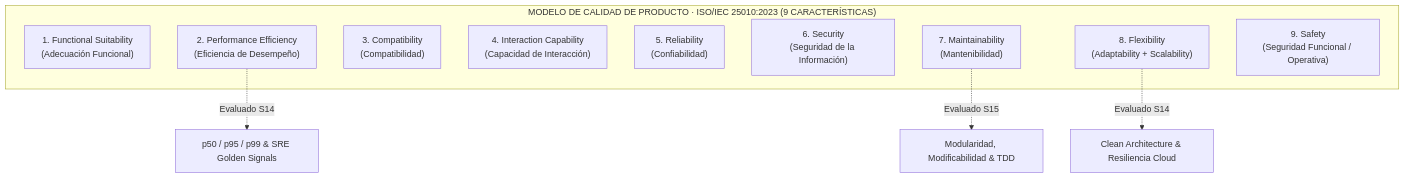
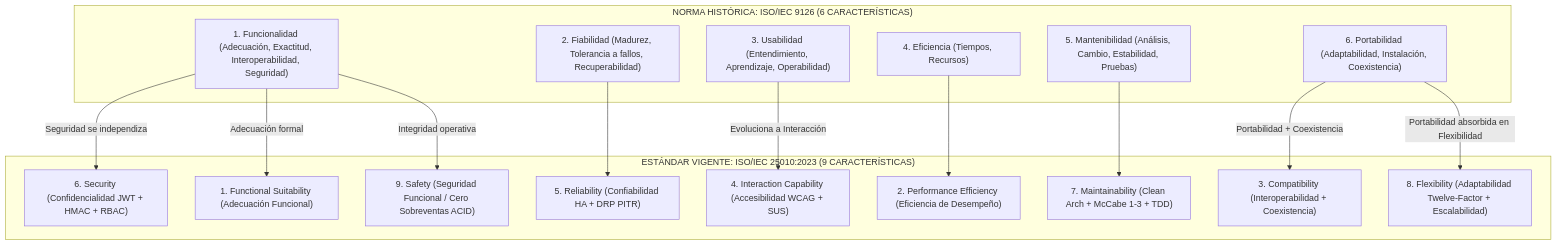
One commit to Leofit-Solutions-Grupo01/leofit-pedidos-sistema changed the diagram in docs/02_CALIDAD_Y_AUDITORIA/04_calidad_iso25010_semanas_14_15/INFORME_CONTINUACION_S14_S15_PROYECTO_FINAL_LEOFIT.md. Above: the diagram before and after it, drawn with Mermaid. The commit also changed other lines of this file and 9 other files, not shown here.

Commit message:
feat(iso9126): integra modelo de calidad interna/externa iso9126, metricas de clase y formulas de adecuacion y madurez

````diff
--- a/docs/02_CALIDAD_Y_AUDITORIA/04_calidad_iso25010_semanas_14_15/INFORME_CONTINUACION_S14_S15_PROYECTO_FINAL_LEOFIT.md
+++ b/docs/02_CALIDAD_Y_AUDITORIA/04_calidad_iso25010_semanas_14_15/INFORME_CONTINUACION_S14_S15_PROYECTO_FINAL_LEOFIT.md
@@ -173,17 +263,33 @@
 ```mermaid
 flowchart TD
-    subgraph ISO["MODELO DE CALIDAD DE PRODUCTO · ISO/IEC 25010:2023 (9 CARACTERÍSTICAS)"]
-        C1["1. Functional Suitability<br/>(Adecuación Funcional)"]
-        C2["2. Performance Efficiency<br/>(Eficiencia de Desempeño)"]
-        C3["3. Compatibility<br/>(Compatibilidad)"]
-        C4["4. Interaction Capability<br/>(Capacidad de Interacción)"]
-        C5["5. Reliability<br/>(Confiabilidad)"]
-        C6["6. Security<br/>(Seguridad de la Información)"]
-        C7["7. Maintainability<br/>(Mantenibilidad)"]
-        C8["8. Flexibility<br/>(Adaptability + Scalability)"]
-        C9["9. Safety<br/>(Seguridad Funcional / Operativa)"]
+    subgraph ISO9126["NORMA HISTÓRICA: ISO/IEC 9126 (6 CARACTERÍSTICAS)"]
+        F["1. Funcionalidad (Adecuación, Exactitud, Interoperabilidad, Seguridad)"]
+        R["2. Fiabilidad (Madurez, Tolerancia a fallos, Recuperabilidad)"]
+        U["3. Usabilidad (Entendimiento, Aprendizaje, Operabilidad)"]
+        E["4. Eficiencia (Tiempos, Recursos)"]
+        M["5. Mantenibilidad (Análisis, Cambio, Estabilidad, Pruebas)"]
+        P["6. Portabilidad (Adaptabilidad, Instalación, Coexistencia)"]
     end
-    C2 -.->|"Evaluado S14"| S14_Perf["p50 / p95 / p99 & SRE Golden Signals"]
-    C8 -.->|"Evaluado S14"| S14_Flex["Clean Architecture & Resiliencia Cloud"]
-    C7 -.->|"Evaluado S15"| S15_Maint["Modularidad, Modificabilidad & TDD"]
+
+    subgraph ISO2023["ESTÁNDAR VIGENTE: ISO/IEC 25010:2023 (9 CARACTERÍSTICAS)"]
+        C1["1. Functional Suitability (Adecuación Funcional)"]
+        C2["2. Performance Efficiency (Eficiencia de Desempeño)"]
+        C3["3. Compatibility (Interoperabilidad + Coexistencia)"]
+        C4["4. Interaction Capability (Accesibilidad WCAG + SUS)"]
+        C5["5. Reliability (Confiabilidad HA + DRP PITR)"]
+        C6["6. Security (Confidencialidad JWT + HMAC + RBAC)"]
+        C7["7. Maintainability (Clean Arch + McCabe 1-3 + TDD)"]
+        C8["8. Flexibility (Adaptabilidad Twelve-Factor + Escalabilidad)"]
+        C9["9. Safety (Seguridad Funcional / Cero Sobreventas ACID)"]
+    end
+
+    F -->|"Seguridad se independiza"| C6
+    F -->|"Adecuación formal"| C1
+    F -->|"Integridad operativa"| C9
+    R --> C5
+    U -->|"Evoluciona a Interacción"| C4
+    E --> C2
+    M --> C7
+    P -->|"Portabilidad + Coexistencia"| C3
+    P -->|"Portabilidad absorbida en Flexibilidad"| C8
 ```
````
